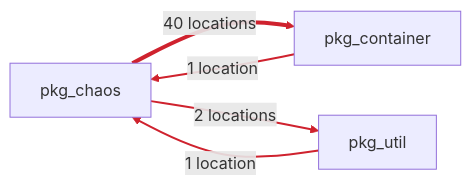
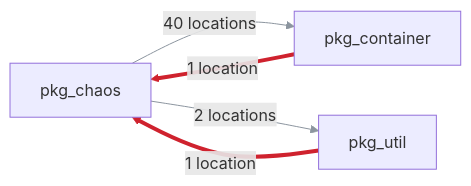
Before and after one commit to coupling-dev/archfit-app: the diagram in internal/gate/feedback/testdata/golden/pilot-pr-cycle.comment.md, drawn with Mermaid. The commit also changed other lines of this file and 32 other files, not shown here.

````diff
--- a/internal/gate/feedback/testdata/golden/pilot-pr-cycle.comment.md
+++ b/internal/gate/feedback/testdata/golden/pilot-pr-cycle.comment.md
@@ -20,14 +20,14 @@
 ```mermaid
 flowchart LR
   m0["pkg_chaos"]
   m1["pkg_container"]
   m2["pkg_util"]
   m0 -->|"40 locations"| m1
   m0 -->|"2 locations"| m2
   m1 -->|"1 location"| m0
   m2 -->|"1 location"| m0
-  linkStyle 0 stroke:#cf222e,stroke-width:4px
-  linkStyle 1 stroke:#cf222e,stroke-width:2px
-  linkStyle 2 stroke:#cf222e,stroke-width:2px
-  linkStyle 3 stroke:#cf222e,stroke-width:2px
+  linkStyle 0 stroke:#8c959f,stroke-width:1px
+  linkStyle 1 stroke:#8c959f,stroke-width:1px
+  linkStyle 2 stroke:#cf222e,stroke-width:4px
+  linkStyle 3 stroke:#cf222e,stroke-width:4px
 ```
````
